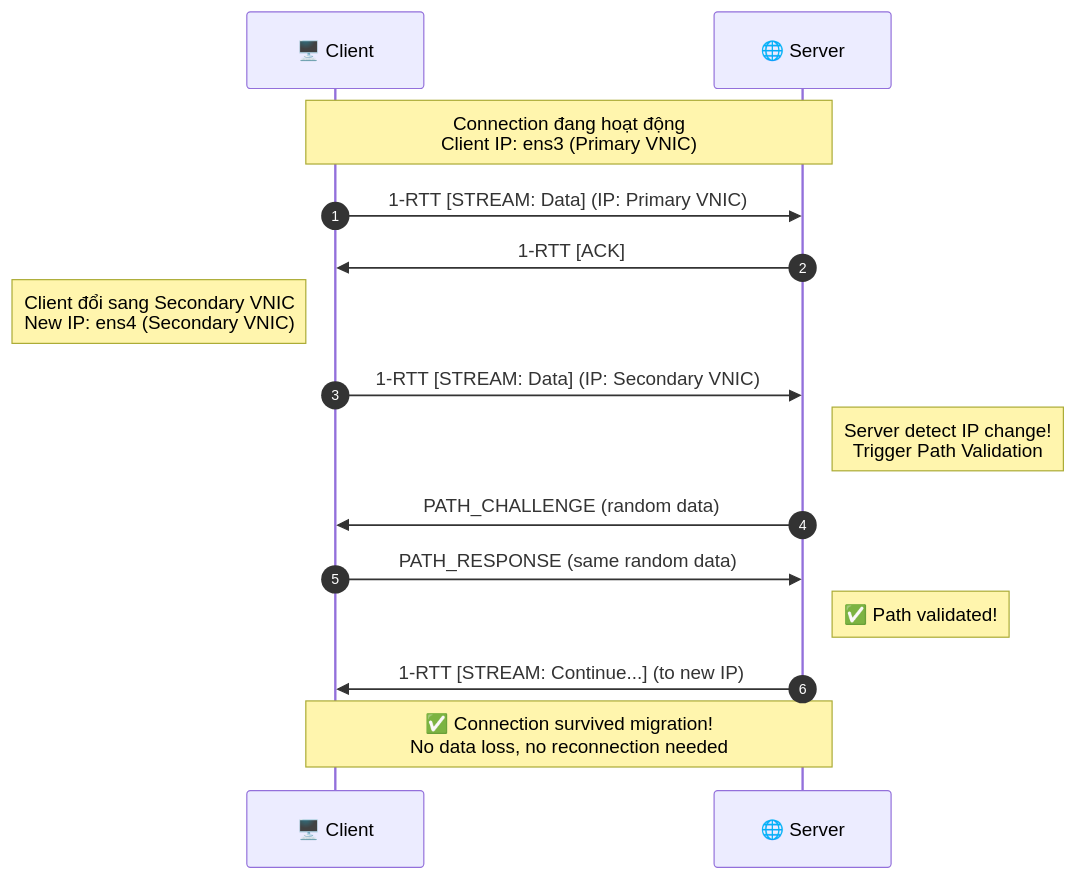
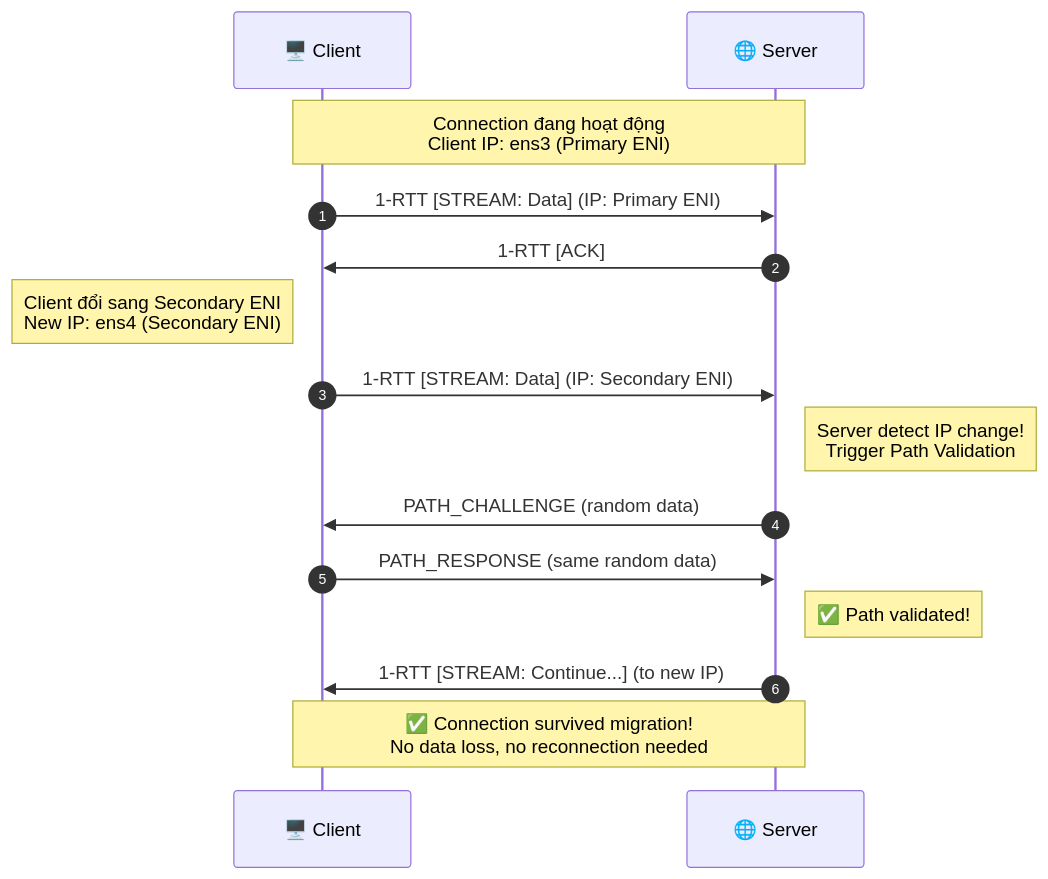
One commit to hoangphuc6716/NT531.Q21-QUIC changed diagram 11 of 15 in README.md. Above: the diagram before and after it, drawn with Mermaid. The commit also changed other lines of this file, not shown here.

````diff
--- a/README.md
+++ b/README.md
@@ -2446,26 +2446,26 @@
 ```mermaid
 sequenceDiagram
     autonumber
     participant C as 🖥️ Client
     participant S as 🌐 Server
     
-    Note over C,S: Connection đang hoạt động<br/>Client IP: ens3 (Primary VNIC)
+    Note over C,S: Connection đang hoạt động<br/>Client IP: ens3 (Primary ENI)
     
-    C->>S: 1-RTT [STREAM: Data] (IP: Primary VNIC)
+    C->>S: 1-RTT [STREAM: Data] (IP: Primary ENI)
     S->>C: 1-RTT [ACK]
     
-    Note left of C: Client đổi sang Secondary VNIC<br/>New IP: ens4 (Secondary VNIC)
+    Note left of C: Client đổi sang Secondary ENI<br/>New IP: ens4 (Secondary ENI)
     
-    C->>S: 1-RTT [STREAM: Data] (IP: Secondary VNIC)
+    C->>S: 1-RTT [STREAM: Data] (IP: Secondary ENI)
     
     Note right of S: Server detect IP change!<br/>Trigger Path Validation
     
     S->>C: PATH_CHALLENGE (random data)
     C->>S: PATH_RESPONSE (same random data)
     
     Note right of S: ✅ Path validated!
     
     S->>C: 1-RTT [STREAM: Continue...] (to new IP)
     
     Note over C,S: ✅ Connection survived migration!<br/>No data loss, no reconnection needed
 ```
````
